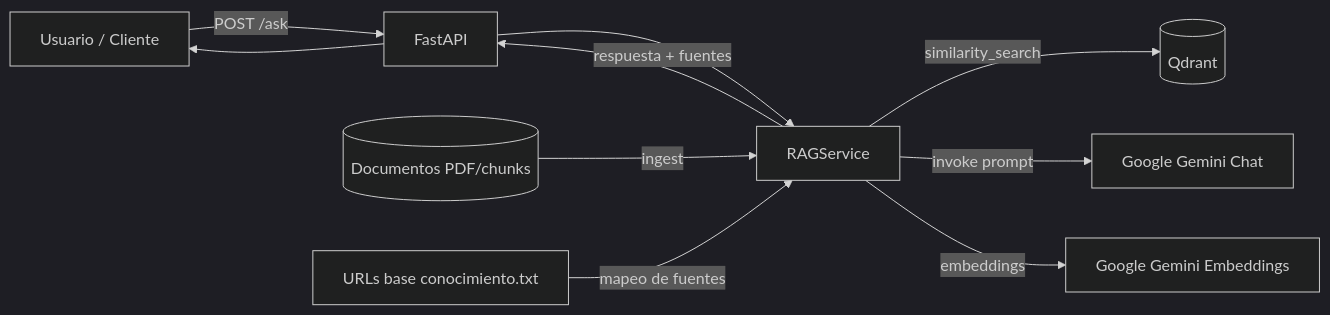
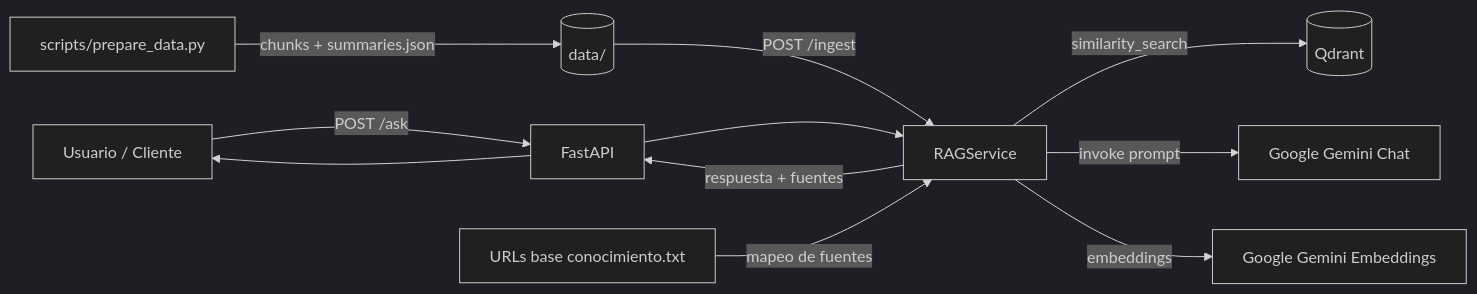
Before and after one commit to JagaScripts/RAG: the diagram in README.md, drawn with Mermaid (dark theme). The commit also changed other lines of this file and 15 other files, not shown here.

````diff
--- a/README.md
+++ b/README.md
@@ -34,12 +34,13 @@
 ```mermaid
 flowchart LR
-		U[Usuario / Cliente] -->|POST /ask| API[FastAPI]
-		API --> RS[RAGService]
-		RS -->|similarity_search| Q[(Qdrant)]
-		RS -->|invoke prompt| LLM[Google Gemini Chat]
-		RS -->|embeddings| EMB[Google Gemini Embeddings]
-		D[(Documentos PDF/chunks)] -->|ingest| RS
-		M[URLs base conocimiento.txt] -->|mapeo de fuentes| RS
-		RS -->|respuesta + fuentes| API
-		API --> U
+    U[Usuario / Cliente] -->|POST /ask| API[FastAPI]
+    API --> RS[RAGService]
+    RS -->|similarity_search| Q[(Qdrant)]
+    RS -->|invoke prompt| LLM[Google Gemini Chat]
+    RS -->|embeddings| EMB[Google Gemini Embeddings]
+    PP[scripts/prepare_data.py] -->|chunks + summaries.json| D[(data/)]
+    D -->|POST /ingest| RS
+    M[URLs base conocimiento.txt] -->|mapeo de fuentes| RS
+    RS -->|respuesta + fuentes| API
+    API --> U
 ```
````
